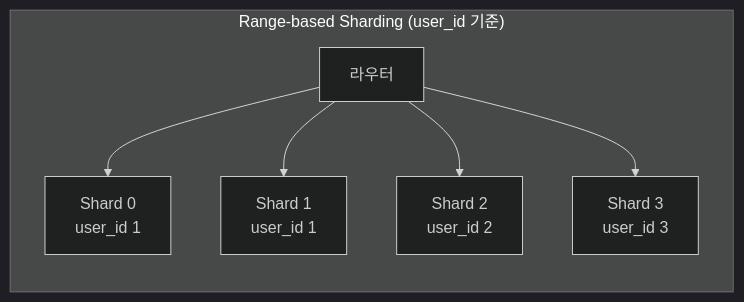
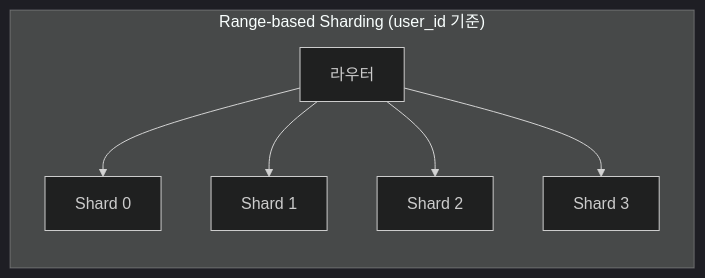
Before and after one commit to yjkim2015/yjkim2015.github.io: the third of 13 diagrams in _posts/db/2026-05-01-db-sharding.md, drawn with Mermaid (dark theme). The commit also changed other lines of this file and 217 other files, not shown here.

First line of the commit message:
Mermaid 크기 수정: useMaxWidth:true + SVG max-width:100% + 라벨 축소

````diff
--- a/_posts/db/2026-05-01-db-sharding.md
+++ b/_posts/db/2026-05-01-db-sharding.md
@@ -83,9 +83,9 @@
 ```mermaid
 graph LR
     subgraph "Range-based Sharding (user_id 기준)"
-        R["라우터"] --> SH0["Shard 0\nuser_id 1"]
-        R --> SH1["Shard 1\nuser_id 1"]
-        R --> SH2["Shard 2\nuser_id 2"]
-        R --> SH3["Shard 3\nuser_id 3"]
+        R["라우터"] --> SH0["Shard 0"]
+        R --> SH1["Shard 1"]
+        R --> SH2["Shard 2"]
+        R --> SH3["Shard 3"]
     end
 ```
````
